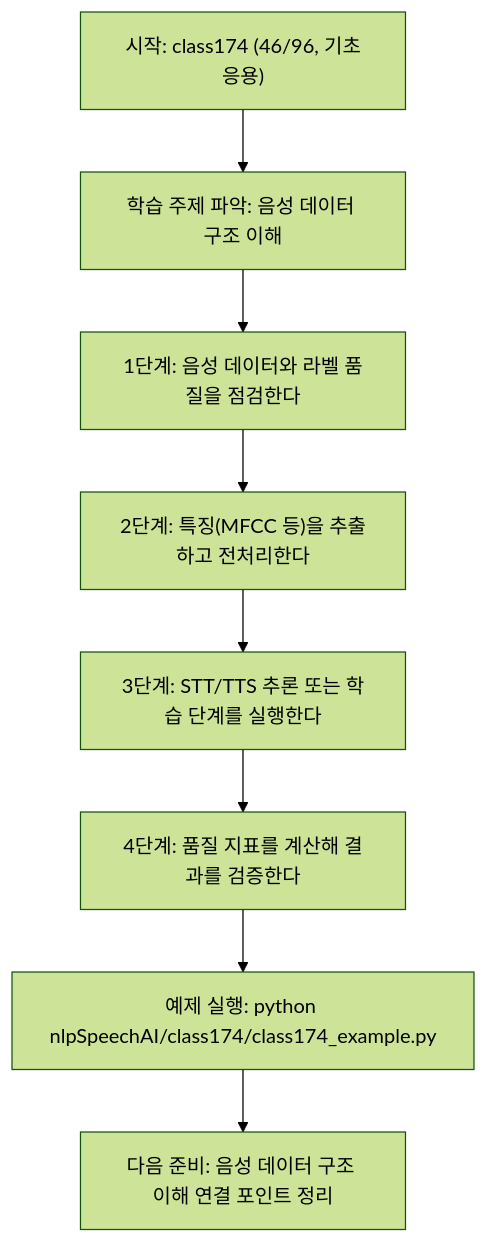
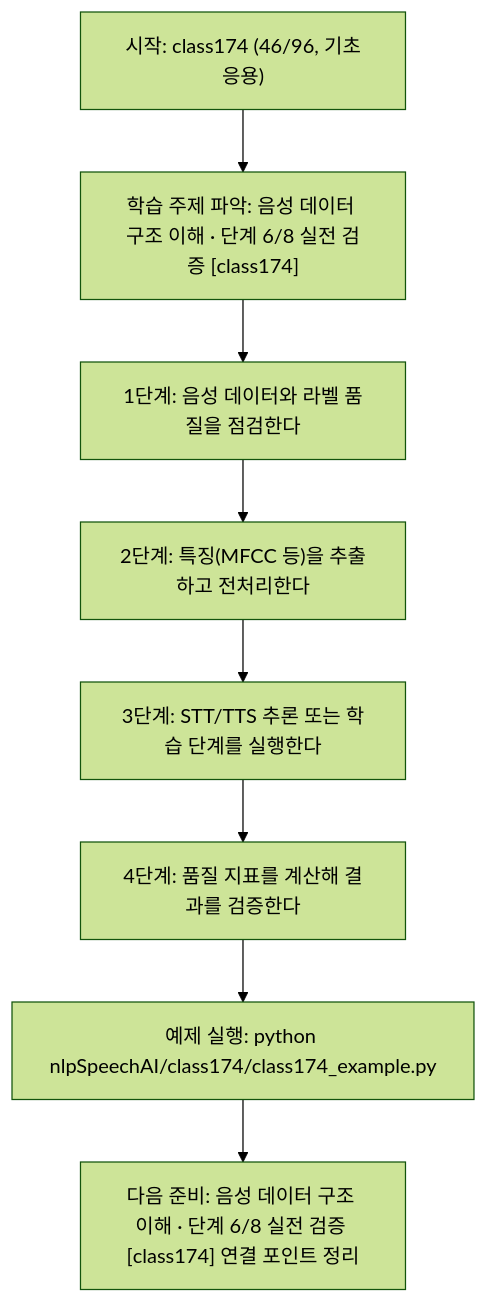
Before and after one commit to edumgt/Python-AI_Agent-Class: the diagram in nlpSpeechAI/class174/class174.md, drawn with Mermaid (forest theme). The commit also changed other lines of this file and 522 other files, not shown here.

````diff
--- a/nlpSpeechAI/class174/class174.md
+++ b/nlpSpeechAI/class174/class174.md
@@ -114,18 +115,18 @@
 ```mermaid
 flowchart TD
 N1["시작: class174 (46/96, 기초응용)"]
-N2["학습 주제 파악: 음성 데이터 구조 이해"]
+N2["학습 주제 파악: 음성 데이터 구조 이해 · 단계 6/8 실전 검증 [class174]"]
 N3["1단계: 음성 데이터와 라벨 품질을 점검한다"]
 N4["2단계: 특징(MFCC 등)을 추출하고 전처리한다"]
 N5["3단계: STT/TTS 추론 또는 학습 단계를 실행한다"]
 N6["4단계: 품질 지표를 계산해 결과를 검증한다"]
 N7["예제 실행: python nlpSpeechAI/class174/class174_example.py"]
-N8["다음 준비: 음성 데이터 구조 이해 연결 포인트 정리"]
+N8["다음 준비: 음성 데이터 구조 이해 · 단계 6/8 실전 검증 [class174] 연결 포인트 정리"]
 N1 --> N2
 N2 --> N3
 N3 --> N4
 N4 --> N5
 N5 --> N6
 N6 --> N7
 N7 --> N8
 ```
````
